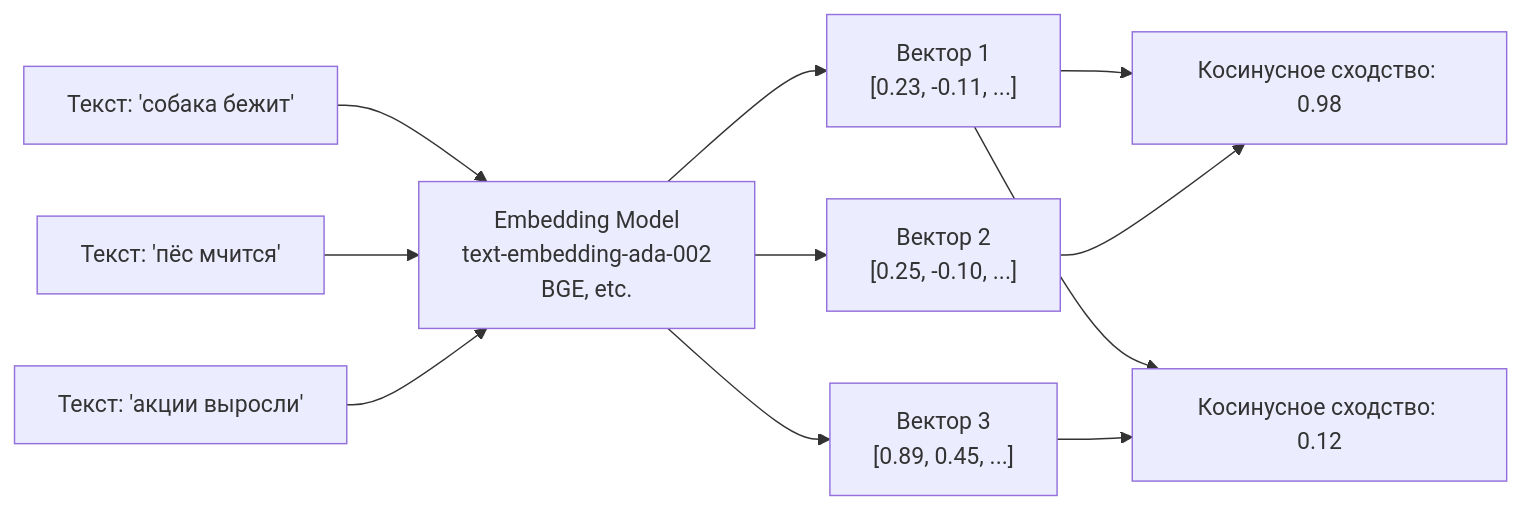
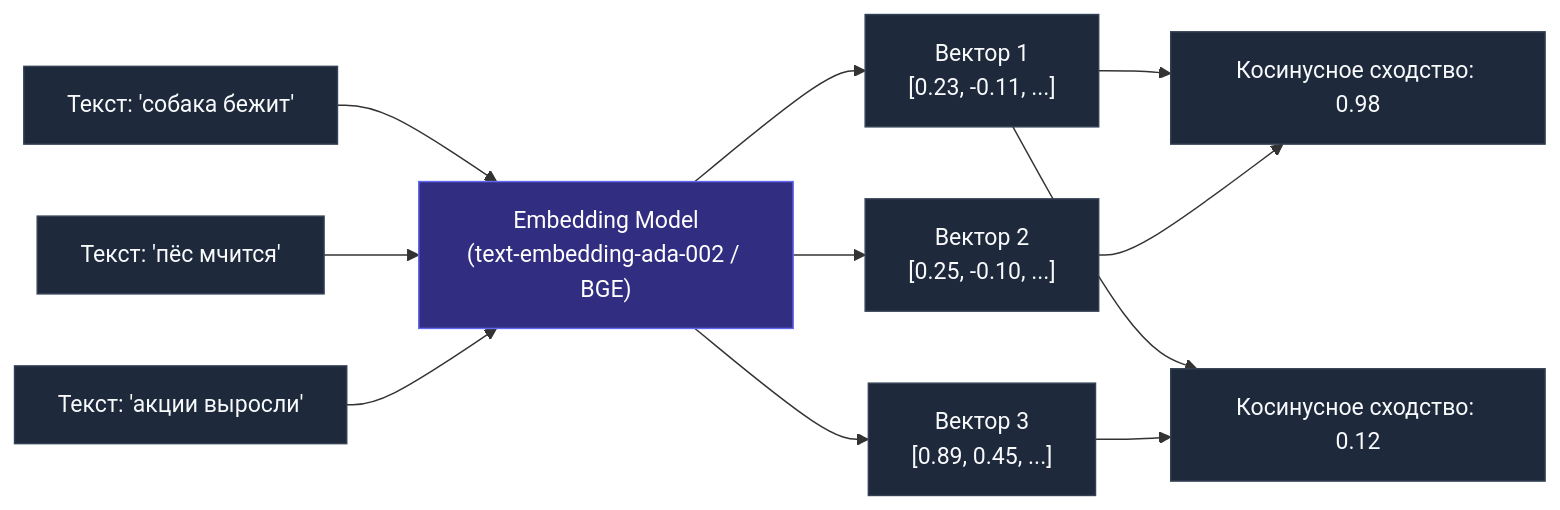
One commit to UnrealTemplier/go-textbook changed the first of 3 diagrams in sources/12. Базы данных/09. NoSQL базы/15. Поиск по embedding и AI use cases.md. Above: the diagram before and after it, drawn with Mermaid. The commit also changed other lines of this file, not shown here.

````diff
--- a/sources/12. Базы данных/09. NoSQL базы/15. Поиск по embedding и AI use cases.md
+++ b/sources/12. Базы данных/09. NoSQL базы/15. Поиск по embedding и AI use cases.md
@@ -13,13 +17,17 @@
 ```mermaid
 flowchart LR
-    T1["Текст: 'собака бежит'"] --> Model["Embedding Model<br>text-embedding-ada-002<br>BGE, etc."]
+    T1["Текст: 'собака бежит'"] --> Model["Embedding Model<br>(text-embedding-ada-002 / BGE)"]
     T2["Текст: 'пёс мчится'"] --> Model
     T3["Текст: 'акции выросли'"] --> Model
     Model --> V1["Вектор 1<br>[0.23, -0.11, ...]"]
     Model --> V2["Вектор 2<br>[0.25, -0.10, ...]"]
     Model --> V3["Вектор 3<br>[0.89, 0.45, ...]"]
     V1 --> Similar["Косинусное сходство: 0.98"]
     V2 --> Similar
     V1 --> Dissimilar["Косинусное сходство: 0.12"]
     V3 --> Dissimilar
+
+    classDef default fill:#1e293b,stroke:#334155,color:#f8fafc;
+    classDef model fill:#312e81,stroke:#6366f1,color:#ffffff;
+    class Model model;
 ```
````
